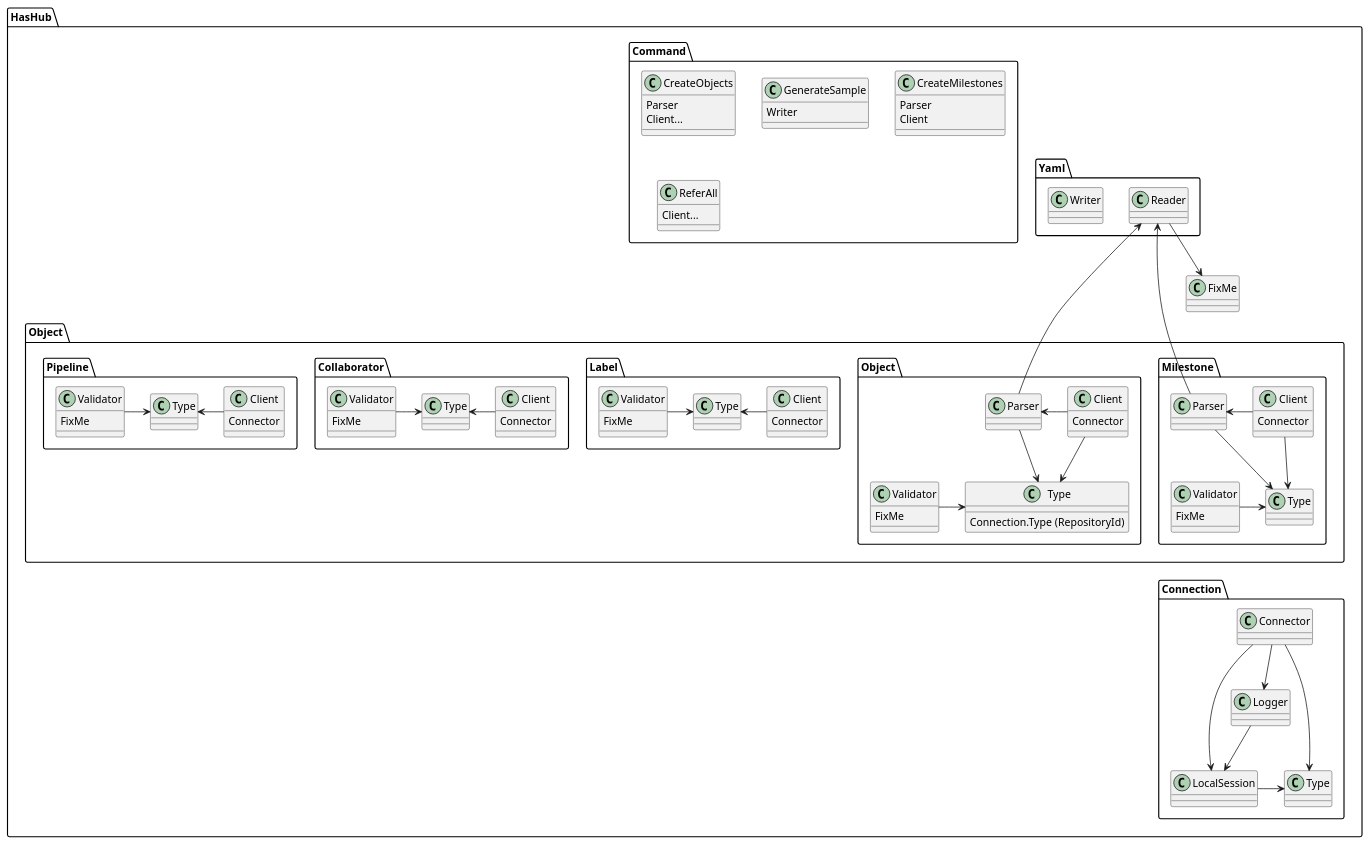
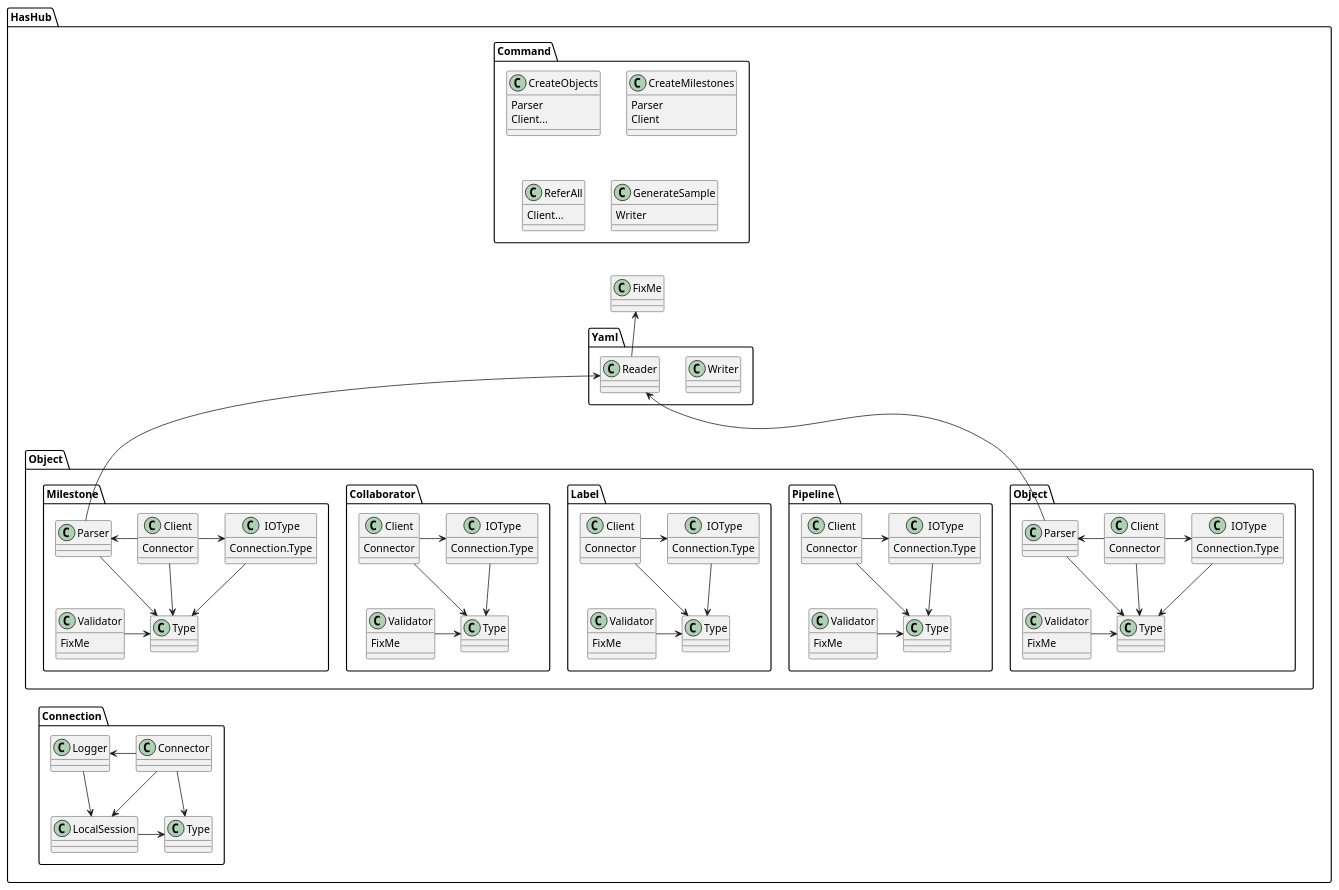
One commit to suzuki-hoge/has-hub changed the diagram in doc/system/module.puml. Above: the diagram before and after it, drawn with PlantUML. The commit also changed 25 other files, not shown here.

Commit message:
divide Type and IOTYpe.

```diff
--- a/doc/system/module.puml
+++ b/doc/system/module.puml
@@ -1,112 +1,140 @@
 @startuml
 
 namespace HasHub {
   namespace Command {
     class CreateObjects {
       Parser
       Client...
     }
     class CreateMilestones {
       Parser
       Client
     }
     class ReferAll {
       Client...
     }
     class GenerateSample {
       Writer
     }
+    CreateObjects -[hidden]r-> CreateMilestones
+    ReferAll -[hidden]r-> GenerateSample
+    CreateObjects -[hidden]d-> ReferAll
   }
   namespace Object {
     namespace Object {
       class Validator {
         FixMe
       }
       class Client {
         Connector
       }
-      class Type {
-        Connection.Type (RepositoryId)
+      class IOType {
+        Connection.Type
       }
+      class Type
       class Parser
       Validator -r-> Type
+      Client -r-> IOType
       Client --> Type
+      IOType --> Type
       Client -l-> Parser
       Parser -d-> Type
+    }
+    namespace Pipeline {
+      class Validator {
+        FixMe
+      }
+      class Client {
+        Connector
+      }
+      class IOType {
+        Connection.Type
+      }
+      class Type
+      Validator -r-> Type
+      Client -r-> IOType
+      Client --> Type
+      IOType --> Type
+    }
+    namespace Label {
+      class Validator {
+        FixMe
+      }
+      class Client {
+        Connector
+      }
+      class IOType {
+        Connection.Type
+      }
+      class Type
+      Validator -r-> Type
+      Client -r-> IOType
+      Client --> Type
+      IOType --> Type
+    }
+    namespace Collaborator {
+      class Validator {
+        FixMe
+      }
+      class Client {
+        Connector
+      }
+      class IOType {
+        Connection.Type
+      }
+      class Type
+      Validator -r-> Type
+      Client -r-> IOType
+      Client --> Type
+      IOType --> Type
     }
     namespace Milestone {
       class Validator {
         FixMe
       }
       class Client {
         Connector
       }
+      class IOType {
+        Connection.Type
+      }
       class Type
       class Parser
       Validator -r-> Type
+      Client -r-> IOType
       Client --> Type
+      IOType --> Type
       Client -l-> Parser
       Parser -d-> Type
-    }
-    namespace Label {
-      class Validator {
-        FixMe
-      }
-      class Client {
-        Connector
-      }
-      class Type
-      Validator -r-> Type
-      Client -l-> Type
-    }
-    namespace Collaborator {
-      class Validator {
-        FixMe
-      }
-      class Client {
-        Connector
-      }
-      class Type
-      Validator -r-> Type
-      Client -l-> Type
-    }
-    namespace Pipeline {
-      class Validator {
-        FixMe
-      }
-      class Client {
-        Connector
-      }
-      class Type
-      Validator -r-> Type
-      Client -l-> Type
     }
   }
   namespace Connection {
     class Connector
     class LocalSession
     class Type
     class Logger
     Connector --> Type
-    Connector --> Logger
+    Connector -l-> Logger
     Logger --> LocalSession
     Connector --> LocalSession
     LocalSession -r-> Type
   }
   class FixMe
   namespace Yaml {
     class Reader
     class Writer
   }
 }
 
 HasHub.Command.GenerateSample -[hidden]d-> HasHub.Yaml.Writer
 
 HasHub.Object.Object.Parser -u-> HasHub.Yaml.Reader
 HasHub.Object.Milestone.Parser -u--> HasHub.Yaml.Reader
 
-HasHub.Yaml.Reader --> HasHub.FixMe
+HasHub.Yaml.Reader -u-> HasHub.FixMe
 
 HasHub.Object.Milestone.Type -[hidden]d-> HasHub.Connection.Connector
 
+HasHub.Command.GenerateSample -[hidden]-> HasHub.FixMe
+
 @enduml
```
